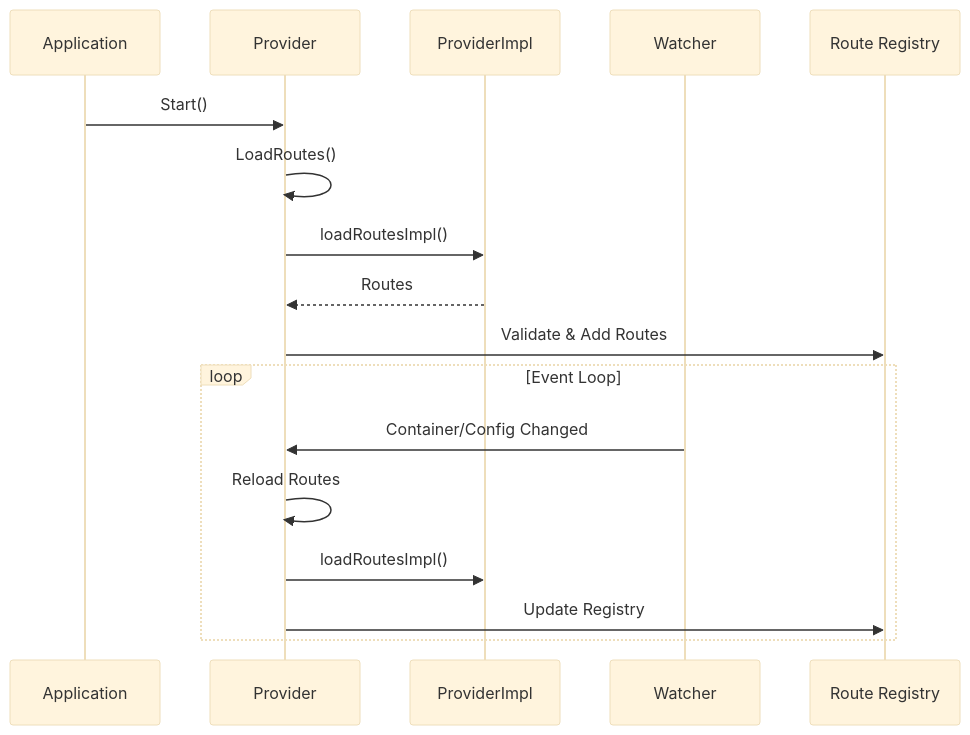
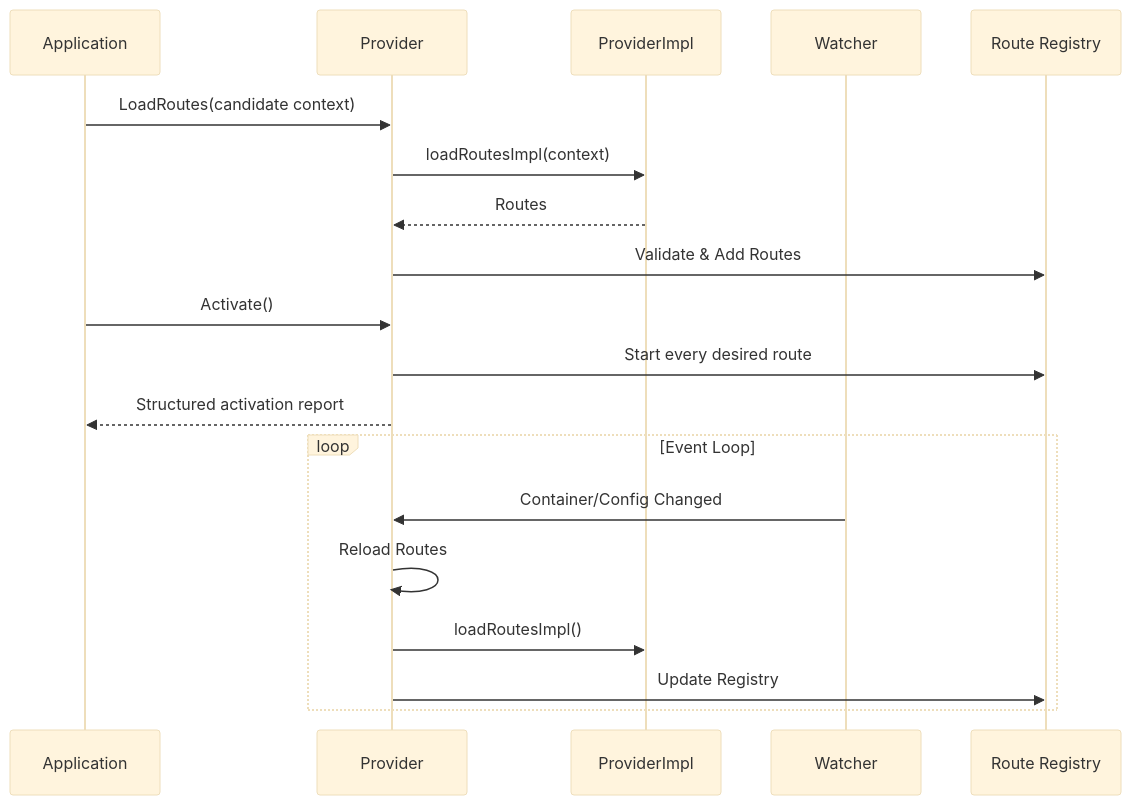
One commit to yusing/godoxy-wiki changed the third of 3 diagrams in content/docs/impl/internal-route-provider.mdx. Above: the diagram before and after it, drawn with Mermaid (base theme). The commit also changed other lines of this file and 10 other files, not shown here.

````diff
--- a/content/docs/impl/internal-route-provider.mdx
+++ b/content/docs/impl/internal-route-provider.mdx
@@ -152,21 +153,23 @@
 ```mermaid
 sequenceDiagram
     participant Main as Application
     participant Provider as Provider
     participant Impl as ProviderImpl
     participant Watcher as Watcher
     participant Routes as Route Registry
 
-    Main->>Provider: Start()
-    Provider->>Provider: LoadRoutes()
-    Provider->>Impl: loadRoutesImpl()
+    Main->>Provider: LoadRoutes(candidate context)
+    Provider->>Impl: loadRoutesImpl(context)
     Impl-->>Provider: Routes
     Provider->>Routes: Validate & Add Routes
+    Main->>Provider: Activate()
+    Provider->>Routes: Start every desired route
+    Provider-->>Main: Structured activation report
 
     loop Event Loop
         Watcher->>Provider: Container/Config Changed
         Provider->>Provider: Reload Routes
         Provider->>Impl: loadRoutesImpl()
         Provider->>Routes: Update Registry
     end
 ```
````
